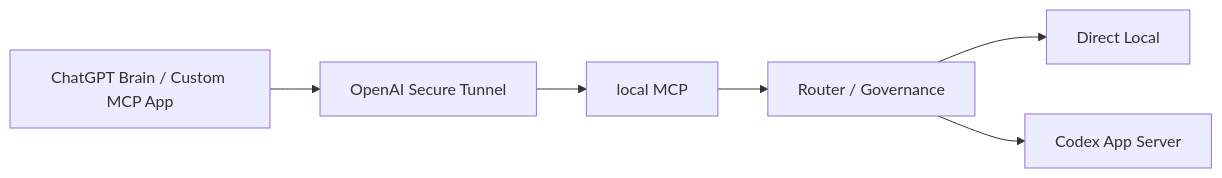
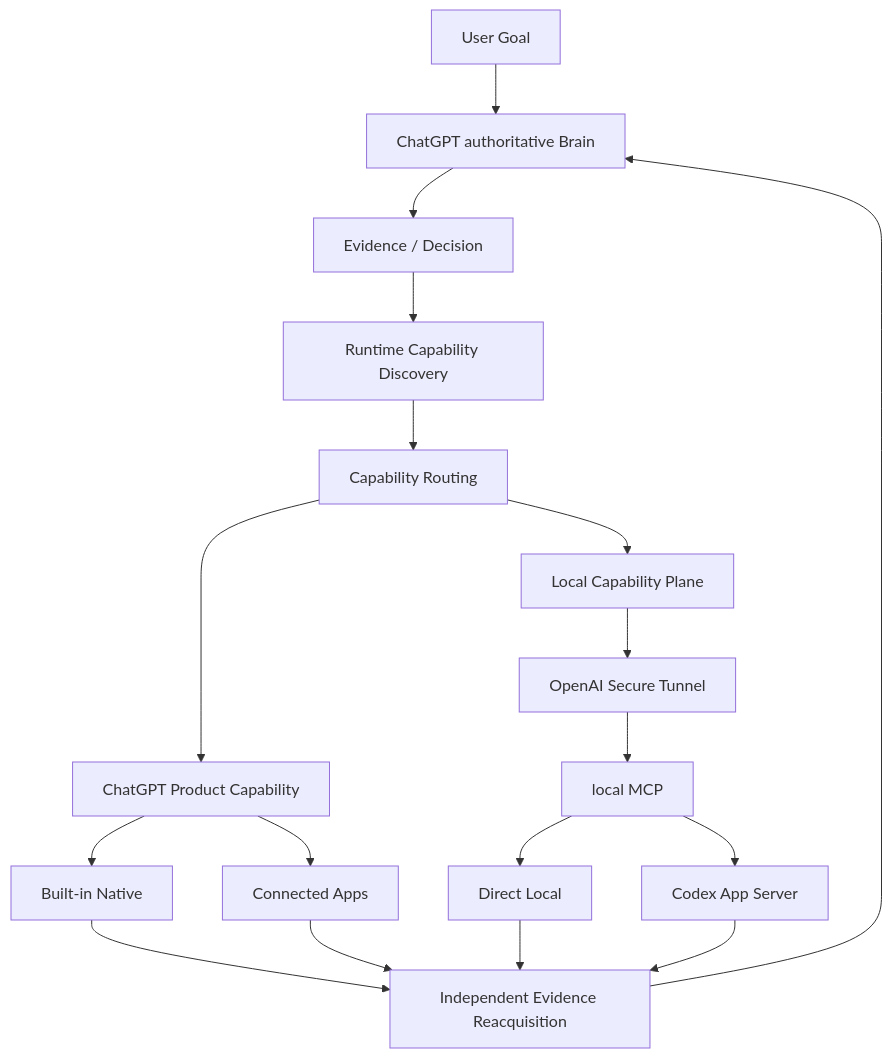
Before and after one commit to SIMON-WORLD/chatgpt-codex-orchestrator: the first of 2 diagrams in README.md, drawn with Mermaid. The commit also changed other lines of this file, not shown here.

Commit message:
docs: align README with capability-first N3 model

````diff
--- a/README.md
+++ b/README.md
@@ -23,8 +25,23 @@
 ```mermaid
-flowchart LR
-    CG[ChatGPT Brain / Custom MCP App] --> T[OpenAI Secure Tunnel]
+flowchart TD
+    U[User Goal] --> B[ChatGPT authoritative Brain]
+    B --> E[Evidence / Decision]
+    E --> D[Runtime Capability Discovery]
+    D --> R[Capability Routing]
+
+    R --> PN[ChatGPT Product Capability]
+    PN --> N[Built-in Native]
+    PN --> A[Connected Apps]
+
+    R --> LP[Local Capability Plane]
+    LP --> T[OpenAI Secure Tunnel]
     T --> MCP[local MCP]
-    MCP --> RG[Router / Governance]
-    RG --> DL[Direct Local]
-    RG --> CA[Codex App Server]
+    MCP --> DL[Direct Local]
+    MCP --> CA[Codex App Server]
+
+    N --> V[Independent Evidence Reacquisition]
+    A --> V
+    DL --> V
+    CA --> V
+    V --> B
 ```
````
